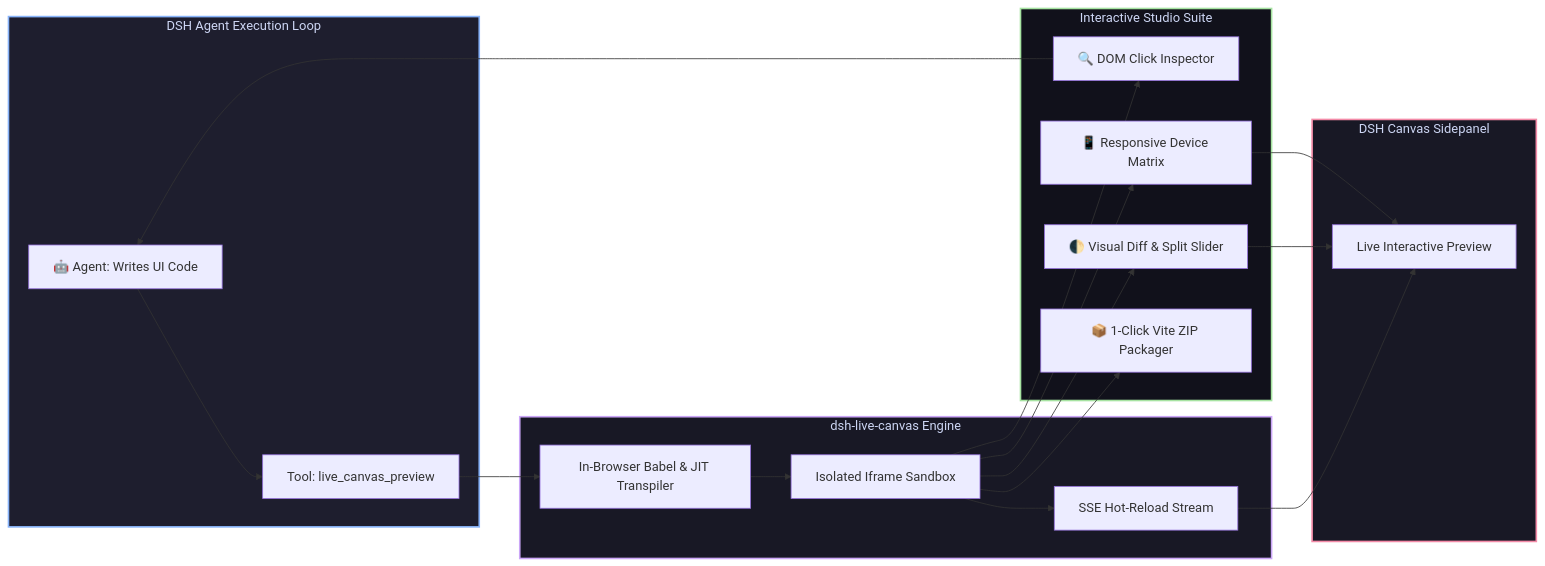
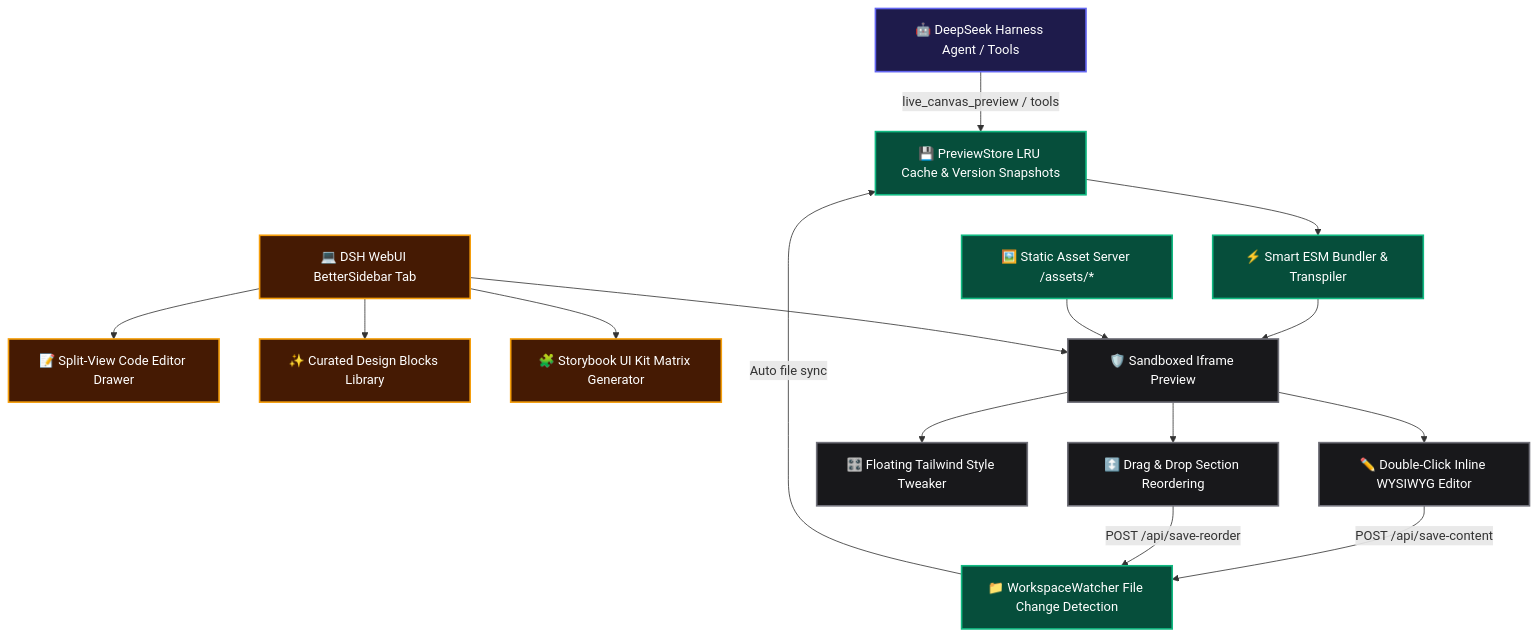
One commit to GooDAnDReaDY/dsh-live-canvas changed the diagram in README.md. Above: the diagram before and after it, drawn with Mermaid. The commit also changed other lines of this file and 2 other files, not shown here.

Commit message:
docs: comprehensive multi-language documentation update for v0.1.28 studio release

````diff
--- a/README.md
+++ b/README.md
@@ -34,31 +42,40 @@
 ```mermaid
-graph LR
-    subgraph AgentLoop [DSH Agent Execution Loop]
-        Agent[🤖 Agent: Writes UI Code] --> Tool[Tool: live_canvas_preview]
-    end
+graph TD
+    classDef agent fill:#1e1b4b,stroke:#6366f1,stroke-width:2px,color:#fff;
+    classDef core fill:#064e3b,stroke:#10b981,stroke-width:2px,color:#fff;
+    classDef ui fill:#451a03,stroke:#f59e0b,stroke-width:2px,color:#fff;
+    classDef sandbox fill:#18181b,stroke:#71717a,stroke-width:2px,color:#fff;
 
-    subgraph CanvasCore [dsh-live-canvas Engine]
-        Tool --> Transpiler[In-Browser Babel & JIT Transpiler]
-        Transpiler --> Sandbox[Isolated Iframe Sandbox]
-        Sandbox --> SSE[SSE Hot-Reload Stream]
-    end
+    Agent[🤖 DeepSeek Harness Agent / Tools]:::agent
+    Store[💾 PreviewStore LRU Cache & Version Snapshots]:::core
+    Watcher[📁 WorkspaceWatcher File Change Detection]:::core
+    Bundler[⚡ Smart ESM Bundler & Transpiler]:::core
+    StaticAsset[🖼️ Static Asset Server /assets/*]:::core
 
-    subgraph Features [Interactive Studio Suite]
-        Sandbox --> Inspector[🔍 DOM Click Inspector]
-        Sandbox --> Diff[🌓 Visual Diff & Split Slider]
-        Sandbox --> Matrix[📱 Responsive Device Matrix]
-        Sandbox --> Pack[📦 1-Click Vite ZIP Packager]
-    end
+    WebUI[💻 DSH WebUI BetterSidebar Tab]:::ui
+    EditorDrawer[📝 Split-View Code Editor Drawer]:::ui
+    BlocksModal[✨ Curated Design Blocks Library]:::ui
+    Storybook[🧩 Storybook UI Kit Matrix Generator]:::ui
 
-    subgraph WebUI [DSH Canvas Sidepanel]
-        SSE --> Panel[Live Interactive Preview]
-        Inspector --> Agent
-        Diff --> Panel
-        Matrix --> Panel
-    end
+    SandboxFrame[🛡️ Sandboxed Iframe Preview]:::sandbox
+    WYSIWYG[✏️ Double-Click Inline WYSIWYG Editor]:::sandbox
+    StyleTweaker[🎛️ Floating Tailwind Style Tweaker]:::sandbox
+    DnD[↕️ Drag & Drop Section Reordering]:::sandbox
 
-    style AgentLoop fill:#1e1e2e,stroke:#89b4fa,stroke-width:2px,color:#cdd6f4
-    style CanvasCore fill:#181825,stroke:#cba6f7,stroke-width:2px,color:#cdd6f4
-    style Features fill:#11111b,stroke:#a6e3a1,stroke-width:2px,color:#cdd6f4
-    style WebUI fill:#181825,stroke:#f38ba8,stroke-width:2px,color:#cdd6f4
+    Agent -->|live_canvas_preview / tools| Store
+    Watcher -->|Auto file sync| Store
+    Store --> Bundler
+    Bundler --> SandboxFrame
+    StaticAsset --> SandboxFrame
+
+    WebUI --> EditorDrawer
+    WebUI --> BlocksModal
+    WebUI --> Storybook
+    WebUI --> SandboxFrame
+
+    SandboxFrame --> WYSIWYG
+    SandboxFrame --> StyleTweaker
+    SandboxFrame --> DnD
+    WYSIWYG -->|POST /api/save-content| Watcher
+    DnD -->|POST /api/save-reorder| Watcher
 ```
````
